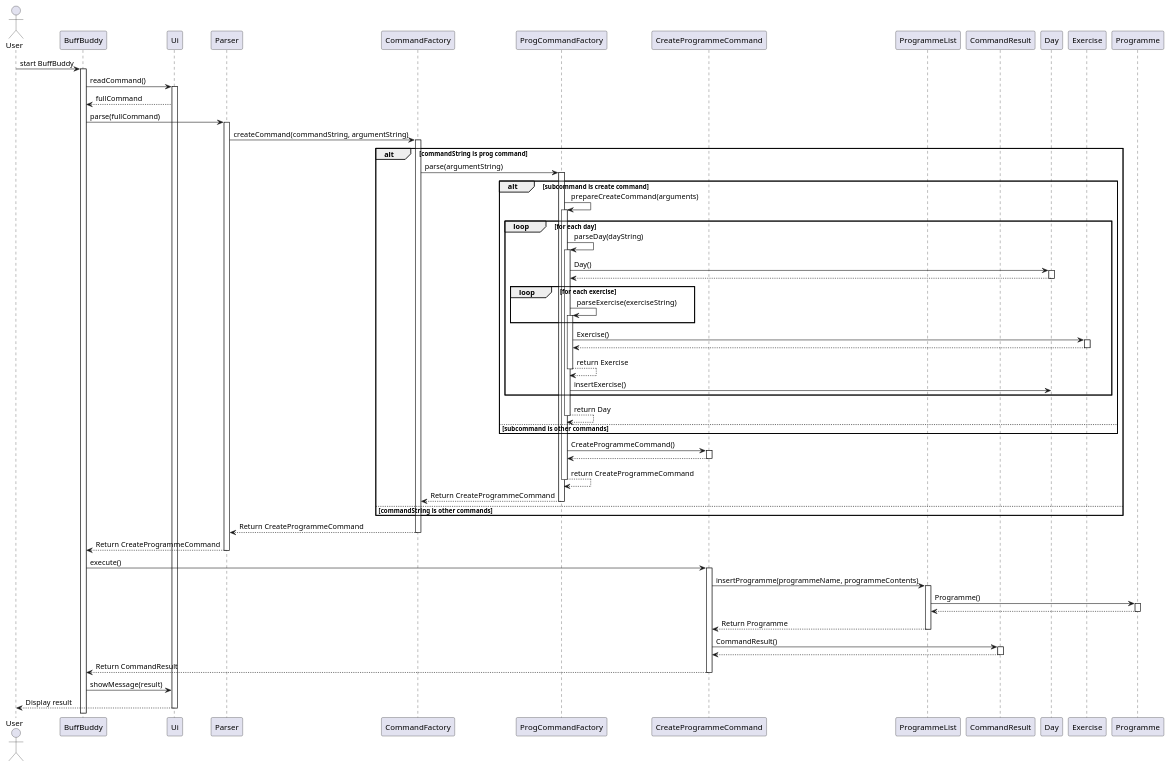
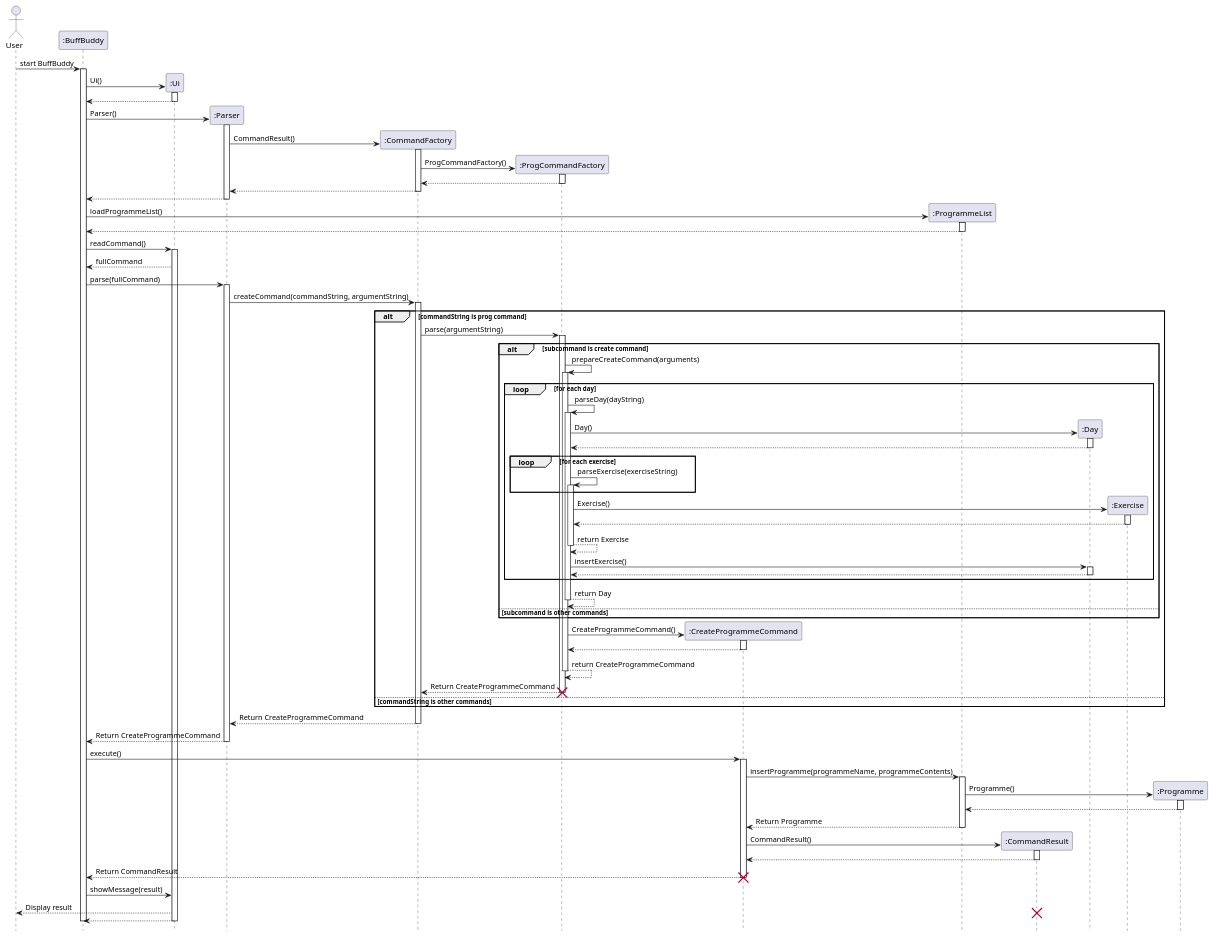
One commit to nus-cs2113-AY2425S1/tp changed the diagram in docs/diagrams/createProgramme.puml. Above: the diagram before and after it, drawn with PlantUML. The commit also changed 30 other files, not shown here.

```diff
--- a/docs/diagrams/createProgramme.puml
+++ b/docs/diagrams/createProgramme.puml
@@ -1,121 +1,176 @@
 @startuml
 
+hide footbox
+
 actor User as user
-participant BuffBuddy
-participant Ui
-participant Parser
-participant CommandFactory
-participant ProgCommandFactory
-participant CreateProgrammeCommand
-participant ProgrammeList
-participant CommandResult
+participant ":BuffBuddy" as BuffBuddy
+participant ":Ui" as Ui
+participant ":Parser" as Parser
+participant ":CommandFactory" as CommandFactory
+participant ":ProgCommandFactory" as ProgCommandFactory
+participant ":CreateProgrammeCommand" as CreateProgrammeCommand
+participant ":ProgrammeList" as ProgrammeList
+participant ":CommandResult" as CommandResult
 
 
 user -> BuffBuddy: start BuffBuddy
 activate BuffBuddy
+
+create Ui
+BuffBuddy -> Ui: Ui()
+activate Ui
+
+Ui --> BuffBuddy
+deactivate Ui
+
+create Parser
+BuffBuddy -> Parser: Parser()
+activate Parser
+
+create CommandFactory
+Parser -> CommandFactory: CommandResult()
+activate CommandFactory
+
+create ProgCommandFactory
+CommandFactory -> ProgCommandFactory: ProgCommandFactory()
+activate ProgCommandFactory
+
+ProgCommandFactory --> CommandFactory
+deactivate ProgCommandFactory
+
+CommandFactory --> Parser
+deactivate CommandFactory
+
+Parser --> BuffBuddy
+deactivate Parser
+
+create ProgrammeList
+BuffBuddy -> ProgrammeList: loadProgrammeList()
+activate ProgrammeList
+
+ProgrammeList --> BuffBuddy
+deactivate ProgrammeList
 
 BuffBuddy -> Ui: readCommand()
 activate Ui
 
 Ui --> BuffBuddy: fullCommand
 
 
 BuffBuddy -> Parser: parse(fullCommand)
 activate Parser
 
 Parser -> CommandFactory: createCommand(commandString, argumentString)
 activate CommandFactory
 
 alt commandString is prog command
     CommandFactory -> ProgCommandFactory: parse(argumentString)
     activate ProgCommandFactory
 
     alt subcommand is create command
         ProgCommandFactory -> ProgCommandFactory: prepareCreateCommand(arguments)
         activate ProgCommandFactory
 
 
         loop for each day
             ProgCommandFactory -> ProgCommandFactory: parseDay(dayString)
             activate ProgCommandFactory
 
+            create ":Day" as Day
             ProgCommandFactory -> Day: Day()
             activate Day
 
             Day --> ProgCommandFactory
             deactivate Day
 
 
             loop for each exercise
                 ProgCommandFactory -> ProgCommandFactory: parseExercise(exerciseString)
                 activate ProgCommandFactory
             end
 
+            create ":Exercise" as Exercise
             ProgCommandFactory -> Exercise: Exercise()
             activate Exercise
 
             Exercise --> ProgCommandFactory
             deactivate Exercise
 
            return return Exercise
 
            ProgCommandFactory -> Day: insertExercise()
+           activate Day
+
+           Day --> ProgCommandFactory
+           deactivate Day
 
         end
         return return Day
 
     else subcommand is other commands
     end
 
+    create  CreateProgrammeCommand
     ProgCommandFactory -> CreateProgrammeCommand: CreateProgrammeCommand()
     activate CreateProgrammeCommand
 
     CreateProgrammeCommand --> ProgCommandFactory
     deactivate CreateProgrammeCommand
 
     return return CreateProgrammeCommand
 
     ProgCommandFactory --> CommandFactory: Return CreateProgrammeCommand
     deactivate ProgCommandFactory
+    destroy ProgCommandFactory
 
 
 else commandString is other commands
 end
 CommandFactory --> Parser: Return CreateProgrammeCommand
 deactivate CommandFactory
 
 
 Parser --> BuffBuddy: Return CreateProgrammeCommand
 deactivate Parser
 
 BuffBuddy -> CreateProgrammeCommand: execute()
 activate CreateProgrammeCommand
 
 CreateProgrammeCommand -> ProgrammeList: insertProgramme(programmeName, programmeContents)
 activate ProgrammeList
 
+create ":Programme" as Programme
 ProgrammeList -> Programme: Programme()
 activate Programme
 
 Programme --> ProgrammeList:
 deactivate Programme
 
 ProgrammeList --> CreateProgrammeCommand: Return Programme
 deactivate ProgrammeList
 
+create CommandResult
 CreateProgrammeCommand -> CommandResult: CommandResult()
 
 activate CommandResult
 
 CommandResult --> CreateProgrammeCommand
 deactivate CommandResult
 
 CreateProgrammeCommand --> BuffBuddy: Return CommandResult
 deactivate CreateProgrammeCommand
+destroy CreateProgrammeCommand
 
 
 BuffBuddy -> Ui: showMessage(result)
+
+
 Ui --> user: Display result
+destroy CommandResult
+
+Ui --> BuffBuddy
+deactivate BuffBuddy
+
 deactivate Ui
 
 @enduml
```
